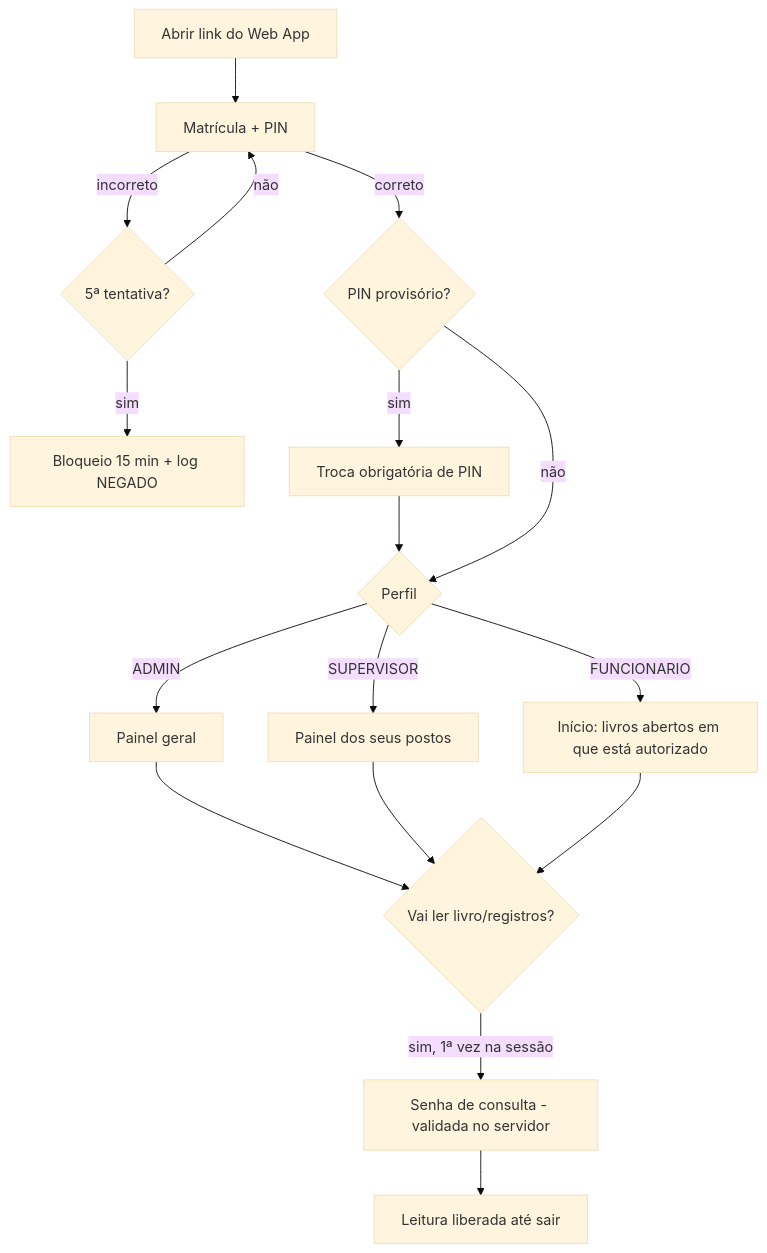
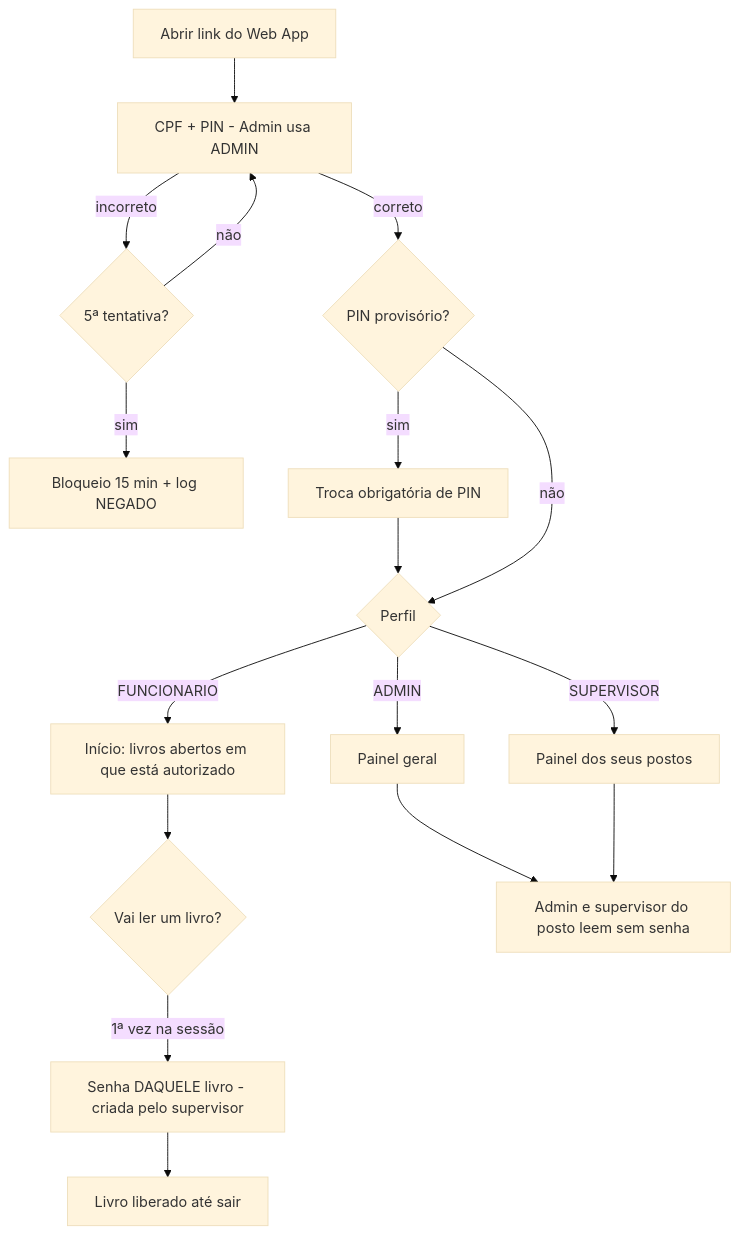
Before and after one commit to VegasVig/livroATA: the first of 4 diagrams in FLUXOGRAMA.md, drawn with Mermaid (base theme). The commit also changed other lines of this file and 21 other files, not shown here.

````diff
--- a/FLUXOGRAMA.md
+++ b/FLUXOGRAMA.md
@@ -7,17 +7,18 @@
 ```mermaid
 flowchart TD
-  A[Abrir link do Web App] --> B[Matrícula + PIN]
+  A[Abrir link do Web App] --> B[CPF + PIN - Admin usa ADMIN]
   B -->|incorreto| C{5ª tentativa?}
   C -->|não| B
   C -->|sim| D[Bloqueio 15 min + log NEGADO]
   B -->|correto| E{PIN provisório?}
   E -->|sim| F[Troca obrigatória de PIN]
   F --> G
   E -->|não| G{Perfil}
   G -->|ADMIN| H[Painel geral]
   G -->|SUPERVISOR| I[Painel dos seus postos]
   G -->|FUNCIONARIO| J[Início: livros abertos em que está autorizado]
-  H & I & J --> K{Vai ler livro/registros?}
-  K -->|sim, 1ª vez na sessão| L[Senha de consulta - validada no servidor]
-  L --> M[Leitura liberada até sair]
+  J --> K{Vai ler um livro?}
+  K -->|1ª vez na sessão| L[Senha DAQUELE livro - criada pelo supervisor]
+  L --> M[Livro liberado até sair]
+  H & I --> N[Admin e supervisor do posto leem sem senha]
 ```
````
